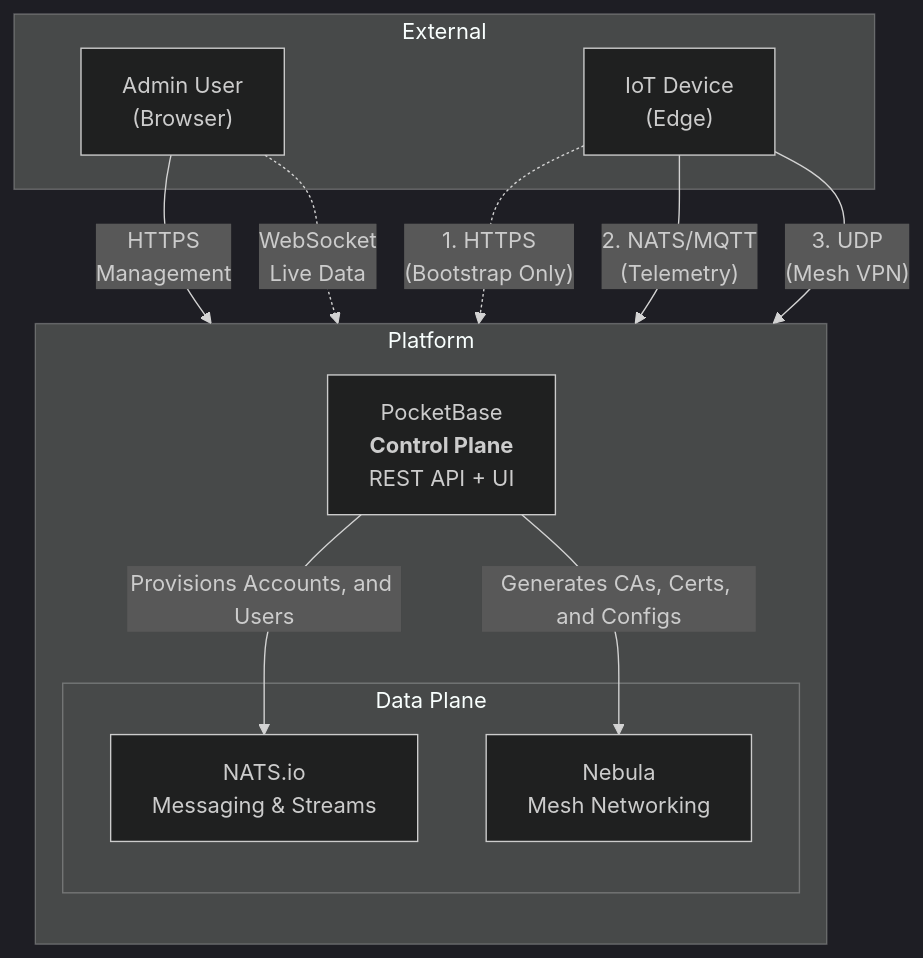
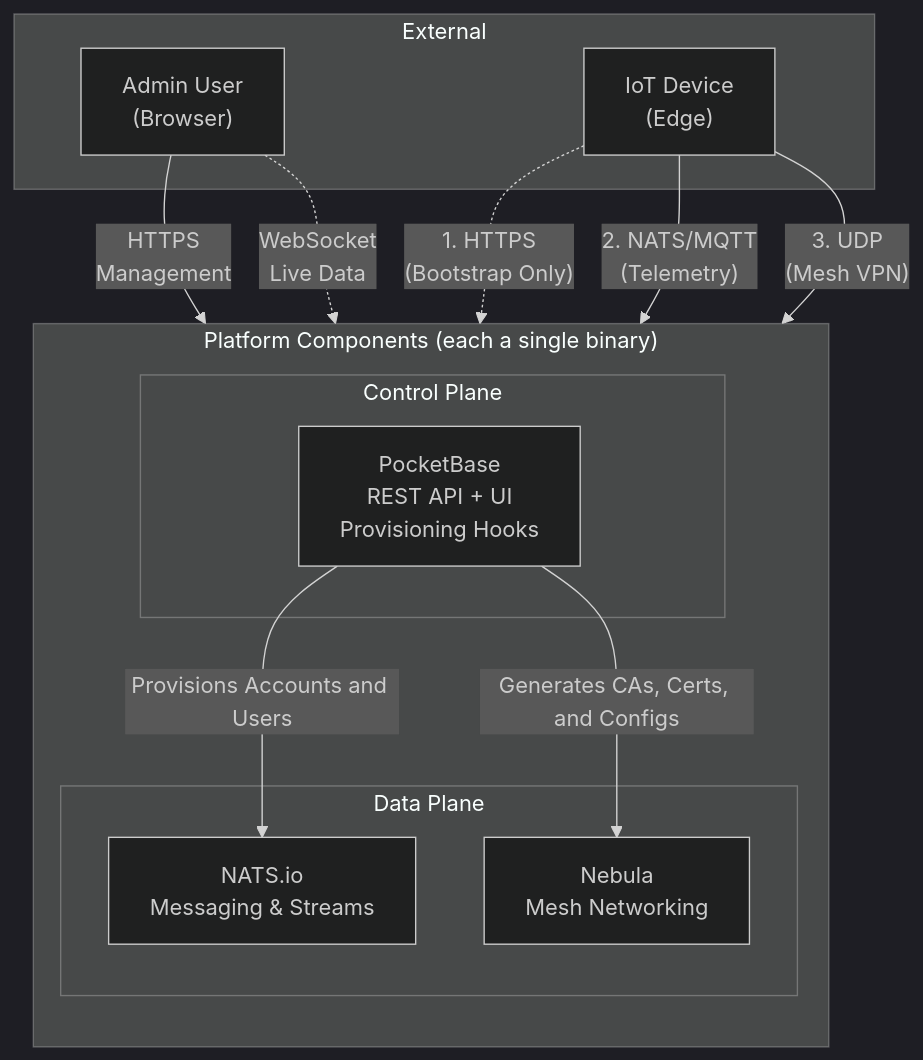
The first of 4 diagrams in docs/architecture.md (stone-age-io/platform-docs), drawn with Mermaid (dark theme) before and after one commit. The commit also changed other lines of this file and 6 other files, not shown here.

````diff
--- a/docs/architecture.md
+++ b/docs/architecture.md
@@ -14,28 +14,31 @@
 ```mermaid
 graph TB
-    subgraph SingleBinary["Platform"]
+    subgraph Platform["Platform Components (each a single binary)"]
         direction TB
-        PB["PocketBase<br/><b>Control Plane</b><br/>REST API + UI"]
+        
+        subgraph ControlPlane["Control Plane"]
+            PB["PocketBase<br/>REST API + UI<br/>Provisioning Hooks"]
+        end
         
         subgraph DataPlane["Data Plane"]
             NATS["NATS.io<br/>Messaging & Streams"]
             Nebula["Nebula<br/>Mesh Networking"]
         end
         
-        PB -->|"Provisions Accounts, and Users"| NATS
+        PB -->|"Provisions Accounts and Users"| NATS
         PB -->|"Generates CAs, Certs, and Configs"| Nebula
     end
     
     subgraph External["External"]
         Admin["Admin User<br/>(Browser)"]
         Thing["IoT Device<br/>(Edge)"]
     end
     
     Admin -->|"HTTPS<br/>Management"| PB
     Admin -.->|"WebSocket<br/>Live Data"| NATS
     
     Thing -.->|"1. HTTPS<br/>(Bootstrap Only)"| PB
     Thing -->|"2. NATS/MQTT<br/>(Telemetry)"| NATS
     Thing -->|"3. UDP<br/>(Mesh VPN)"| Nebula
     
 ```
````
